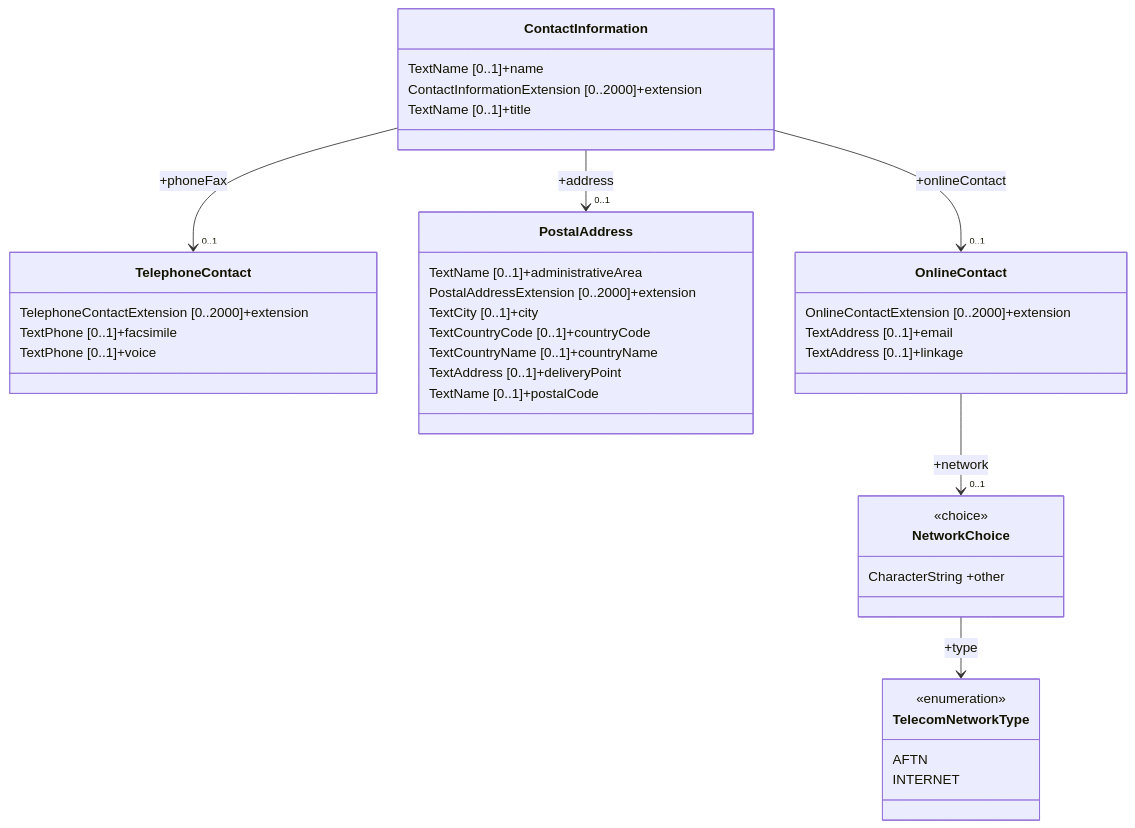
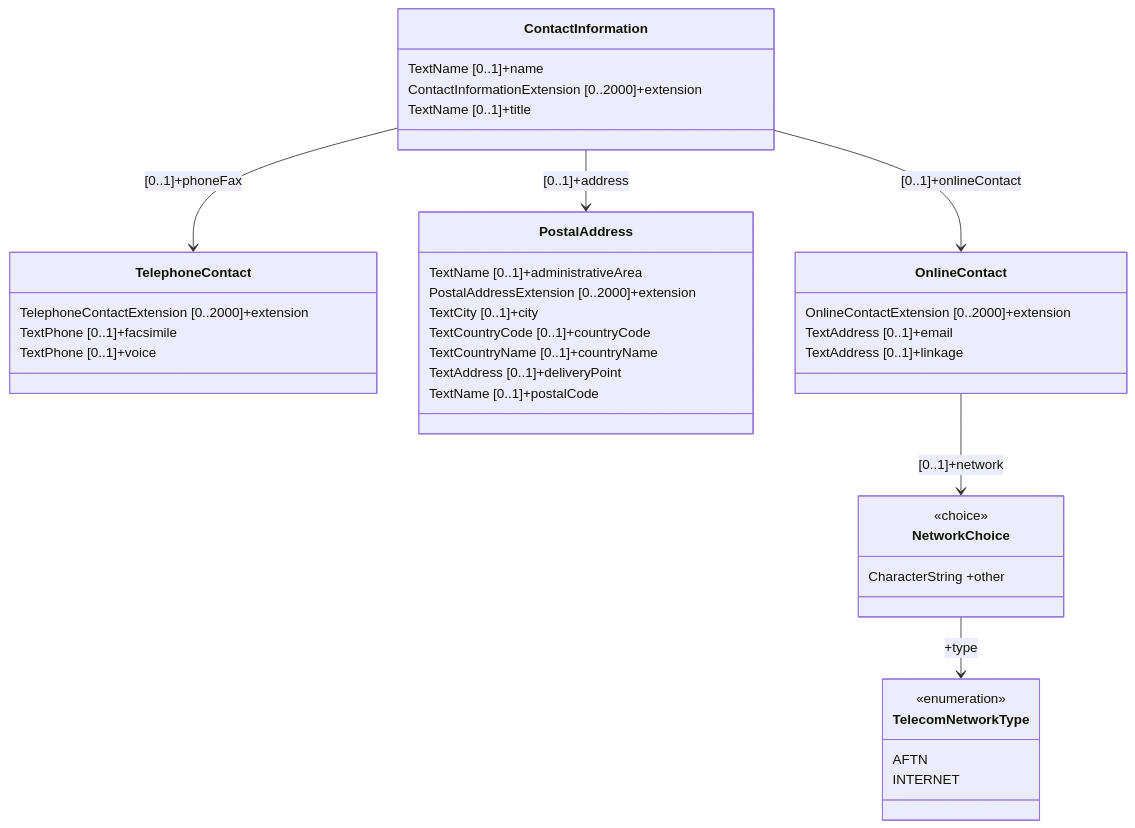
One commit to du-lapin/test_docsify changed the second of 3 diagrams in docs/fixm/FIXM_UML_in_mermaid.md. Above: the diagram before and after it, drawn with Mermaid. The commit also changed other lines of this file, not shown here.

````diff
--- a/docs/fixm/FIXM_UML_in_mermaid.md
+++ b/docs/fixm/FIXM_UML_in_mermaid.md
@@ -12,41 +12,41 @@
 ```mermaid
 classDiagram
 class ContactInformation
 ContactInformation : TextName [0..1]+name
 ContactInformation : ContactInformationExtension [0..2000]+extension
 %% ContactInformation : PostalAddress [0..1]+address
 %% ContactInformation : OnlineContact [0..2000]+onlineContact
 %% ContactInformation : TelephoneContact [0..1]+phoneFax
 ContactInformation : TextName [0..1]+title
 class TelephoneContact
 TelephoneContact : TelephoneContactExtension [0..2000]+extension
 TelephoneContact : TextPhone [0..1]+facsimile
 TelephoneContact : TextPhone [0..1]+voice
 class PostalAddress
 PostalAddress : TextName [0..1]+administrativeArea
 PostalAddress : PostalAddressExtension [0..2000]+extension
 PostalAddress : TextCity [0..1]+city
 PostalAddress : TextCountryCode [0..1]+countryCode
 PostalAddress : TextCountryName [0..1]+countryName
 PostalAddress : TextAddress [0..1]+deliveryPoint
 PostalAddress : TextName [0..1]+postalCode
 class OnlineContact
 OnlineContact : OnlineContactExtension [0..2000]+extension
 OnlineContact : TextAddress [0..1]+email
 OnlineContact : TextAddress [0..1]+linkage
 %% OnlineContact : NetworkChoice [0..1]+network
 class NetworkChoice
 <<choice>> NetworkChoice
 NetworkChoice : CharacterString +other
 %% NetworkChoice : TelecomNetworkType +type
 class TelecomNetworkType{
 <<enumeration>>
 AFTN
 INTERNET
 }
-ContactInformation --> "0..1" TelephoneContact : +phoneFax
-ContactInformation --> "0..1" PostalAddress : +address
-ContactInformation --> "0..1" OnlineContact : +onlineContact
-OnlineContact --> "0..1" NetworkChoice : +network
+ContactInformation --> TelephoneContact : [0..1]+phoneFax
+ContactInformation --> PostalAddress : [0..1]+address
+ContactInformation --> OnlineContact : [0..1]+onlineContact
+OnlineContact --> NetworkChoice : [0..1]+network
 NetworkChoice --> TelecomNetworkType : +type
 ```
````
